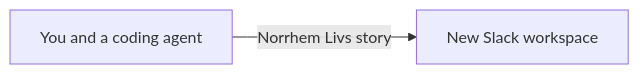
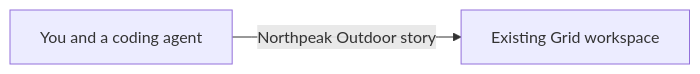
Before and after one commit to zacharwood-bryd/frontline-worker-demo: the diagram in README.md, drawn with Mermaid. The commit also changed other lines of this file and 14 other files, not shown here.

First line of the commit message:
Stage the Northpeak Outdoor story in the existing workspace.

````diff
--- a/README.md
+++ b/README.md
@@ -7,7 +7,7 @@
 ```mermaid
 flowchart LR
   you[You and a coding agent]
-  workspace[New Slack workspace]
+  workspace[Existing Grid workspace]
 
-  you -->|"Norrhem Livs story"| workspace
+  you -->|"Northpeak Outdoor story"| workspace
 ```
````
